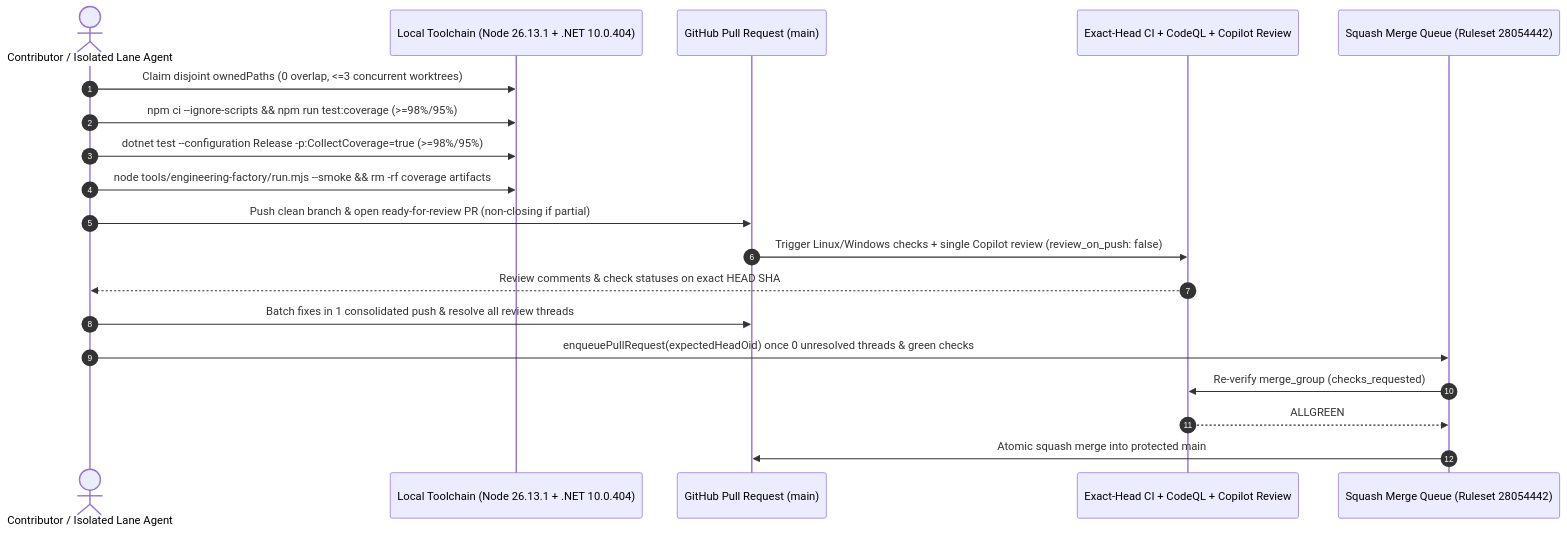
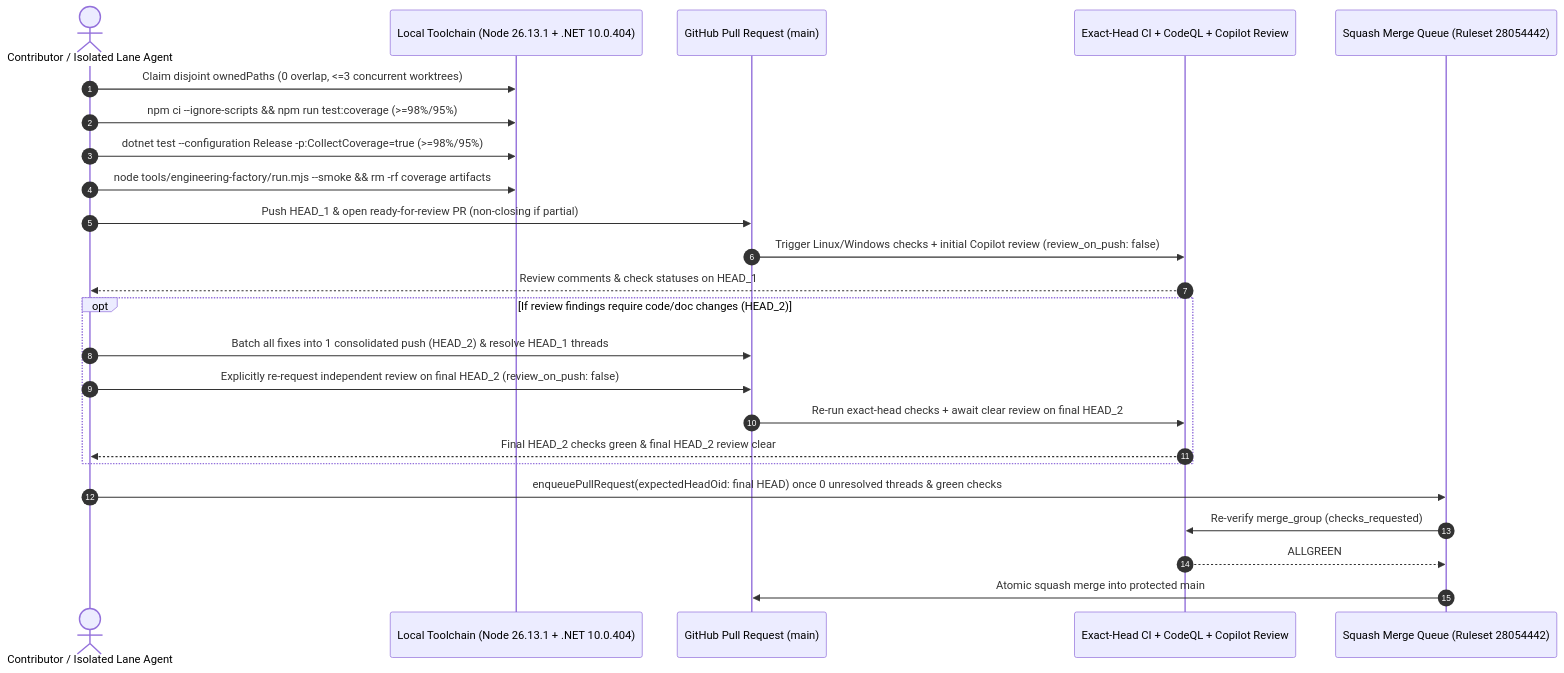
The first of 2 diagrams in CONTRIBUTING.md (Jamula/SoftwareFactory), drawn with Mermaid before and after one commit. The commit also changed other lines of this file and 7 other files, not shown here.

````diff
--- a/CONTRIBUTING.md
+++ b/CONTRIBUTING.md
@@ -16,22 +16,27 @@
 ```mermaid
 sequenceDiagram
   autonumber
   actor Dev as Contributor / Isolated Lane Agent
   participant Local as Local Toolchain (Node 26.13.1 + .NET 10.0.404)
   participant PR as GitHub Pull Request (main)
   participant CI as Exact-Head CI + CodeQL + Copilot Review
   participant MQ as Squash Merge Queue (Ruleset 28054442)
 
   Dev->>Local: Claim disjoint ownedPaths (0 overlap, <=3 concurrent worktrees)
   Dev->>Local: npm ci --ignore-scripts && npm run test:coverage (>=98%/95%)
   Dev->>Local: dotnet test --configuration Release -p:CollectCoverage=true (>=98%/95%)
   Dev->>Local: node tools/engineering-factory/run.mjs --smoke && rm -rf coverage artifacts
-  Dev->>PR: Push clean branch & open ready-for-review PR (non-closing if partial)
-  PR->>CI: Trigger Linux/Windows checks + single Copilot review (review_on_push: false)
-  CI-->>Dev: Review comments & check statuses on exact HEAD SHA
-  Dev->>PR: Batch fixes in 1 consolidated push & resolve all review threads
-  Dev->>MQ: enqueuePullRequest(expectedHeadOid) once 0 unresolved threads & green checks
+  Dev->>PR: Push HEAD_1 & open ready-for-review PR (non-closing if partial)
+  PR->>CI: Trigger Linux/Windows checks + initial Copilot review (review_on_push: false)
+  CI-->>Dev: Review comments & check statuses on HEAD_1
+  opt If review findings require code/doc changes (HEAD_2)
+    Dev->>PR: Batch all fixes into 1 consolidated push (HEAD_2) & resolve HEAD_1 threads
+    Dev->>PR: Explicitly re-request independent review on final HEAD_2 (review_on_push: false)
+    PR->>CI: Re-run exact-head checks + await clear review on final HEAD_2
+    CI-->>Dev: Final HEAD_2 checks green & final HEAD_2 review clear
+  end
+  Dev->>MQ: enqueuePullRequest(expectedHeadOid: final HEAD) once 0 unresolved threads & green checks
   MQ->>CI: Re-verify merge_group (checks_requested)
   CI-->>MQ: ALLGREEN
   MQ->>PR: Atomic squash merge into protected main
 ```
````
